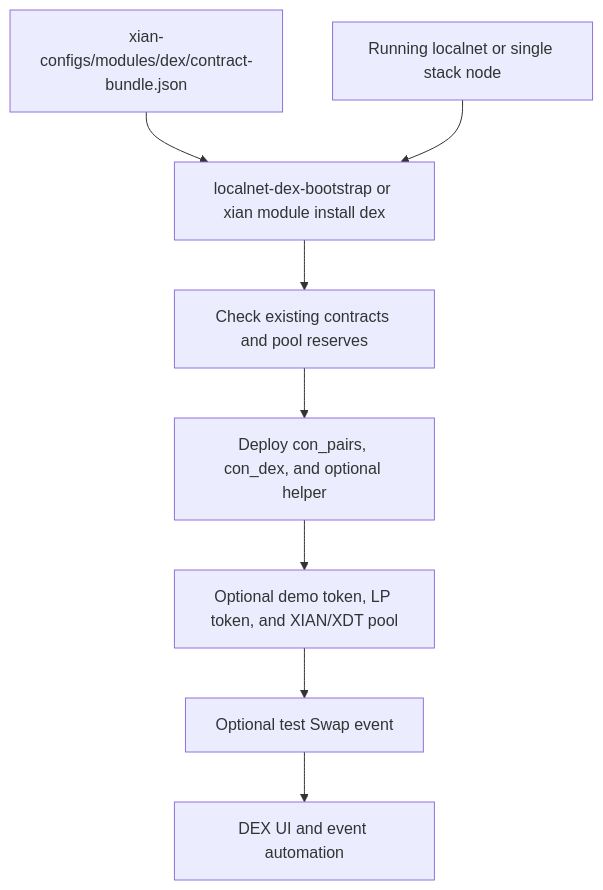
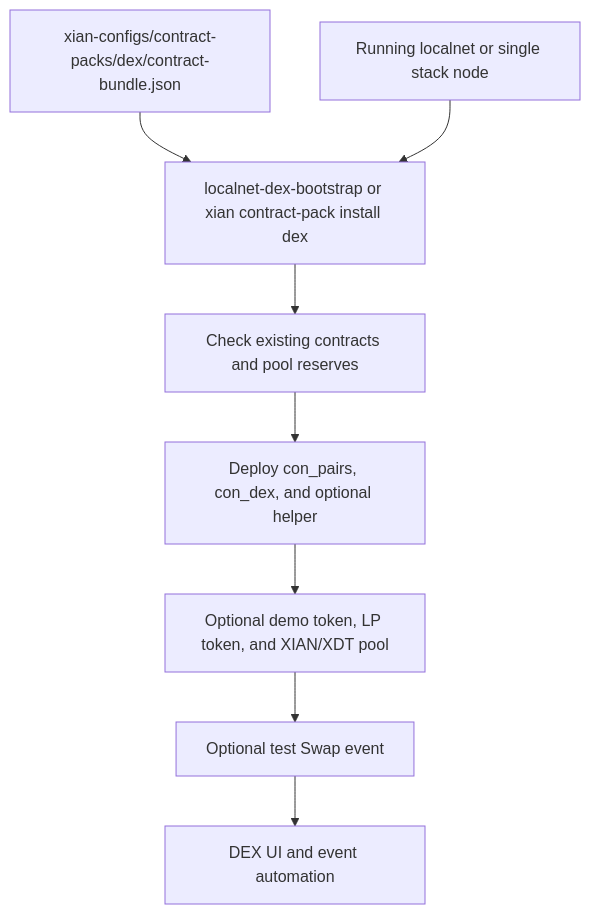
One commit to xian-technology/xian-docs-web changed the diagram in node/local-dex-bootstrap.md. Above: the diagram before and after it, drawn with Mermaid. The commit also changed other lines of this file and 30 other files, not shown here.

First line of the commit message:
Reorganize docs around contract packs, examples, and taxonomy

````diff
--- a/node/local-dex-bootstrap.md
+++ b/node/local-dex-bootstrap.md
@@ -28,19 +28,19 @@
 ```mermaid
 flowchart TD
-  Bundle["xian-configs/modules/dex/contract-bundle.json"]
+  Bundle["xian-configs/contract-packs/dex/contract-bundle.json"]
   Node["Running localnet or single stack node"]
-  Bootstrap["localnet-dex-bootstrap or xian module install dex"]
+  Bootstrap["localnet-dex-bootstrap or xian contract-pack install dex"]
   Check["Check existing contracts and pool reserves"]
   Contracts["Deploy con_pairs, con_dex, and optional helper"]
   Demo["Optional demo token, LP token, and XIAN/XDT pool"]
   Event["Optional test Swap event"]
   Consumers["DEX UI and event automation"]
 
   Bundle --> Bootstrap
   Node --> Bootstrap
   Bootstrap --> Check
   Check --> Contracts
   Contracts --> Demo
   Demo --> Event
   Event --> Consumers
 ```
````
